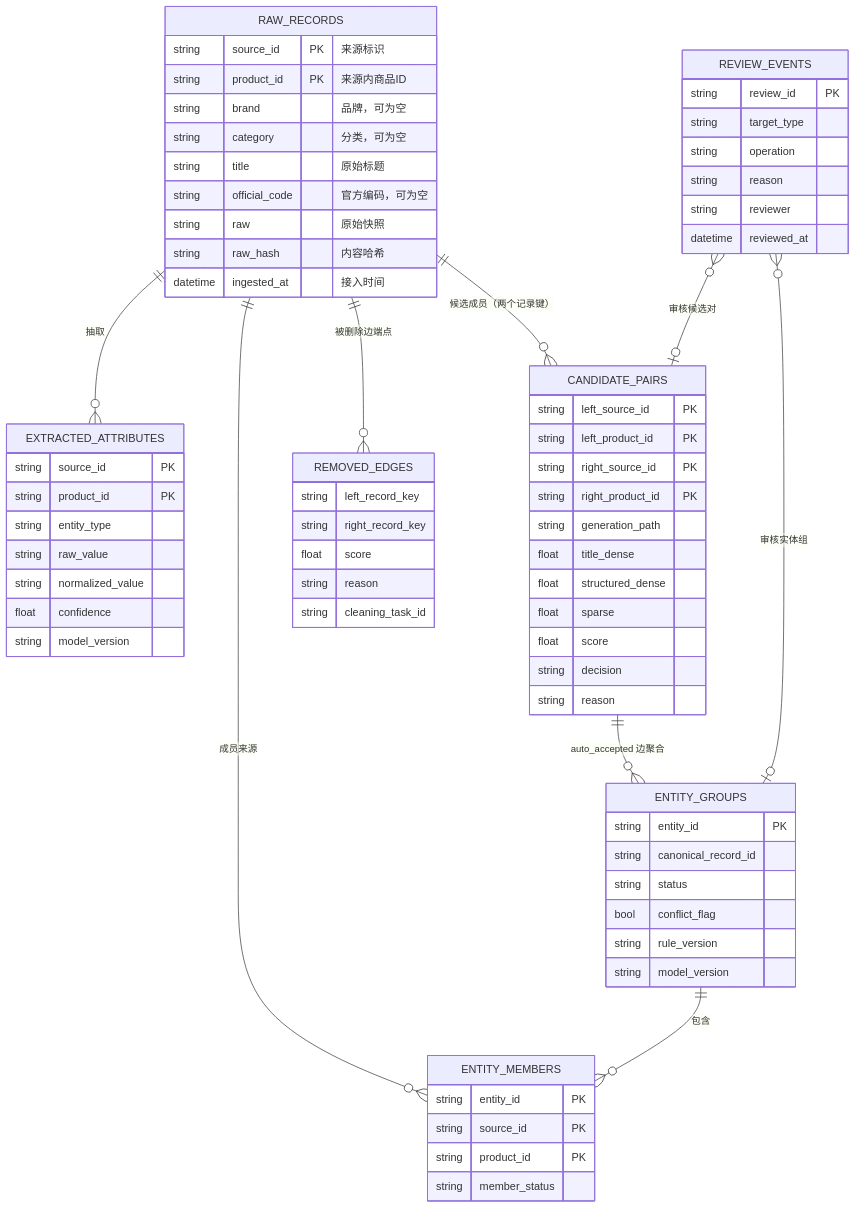
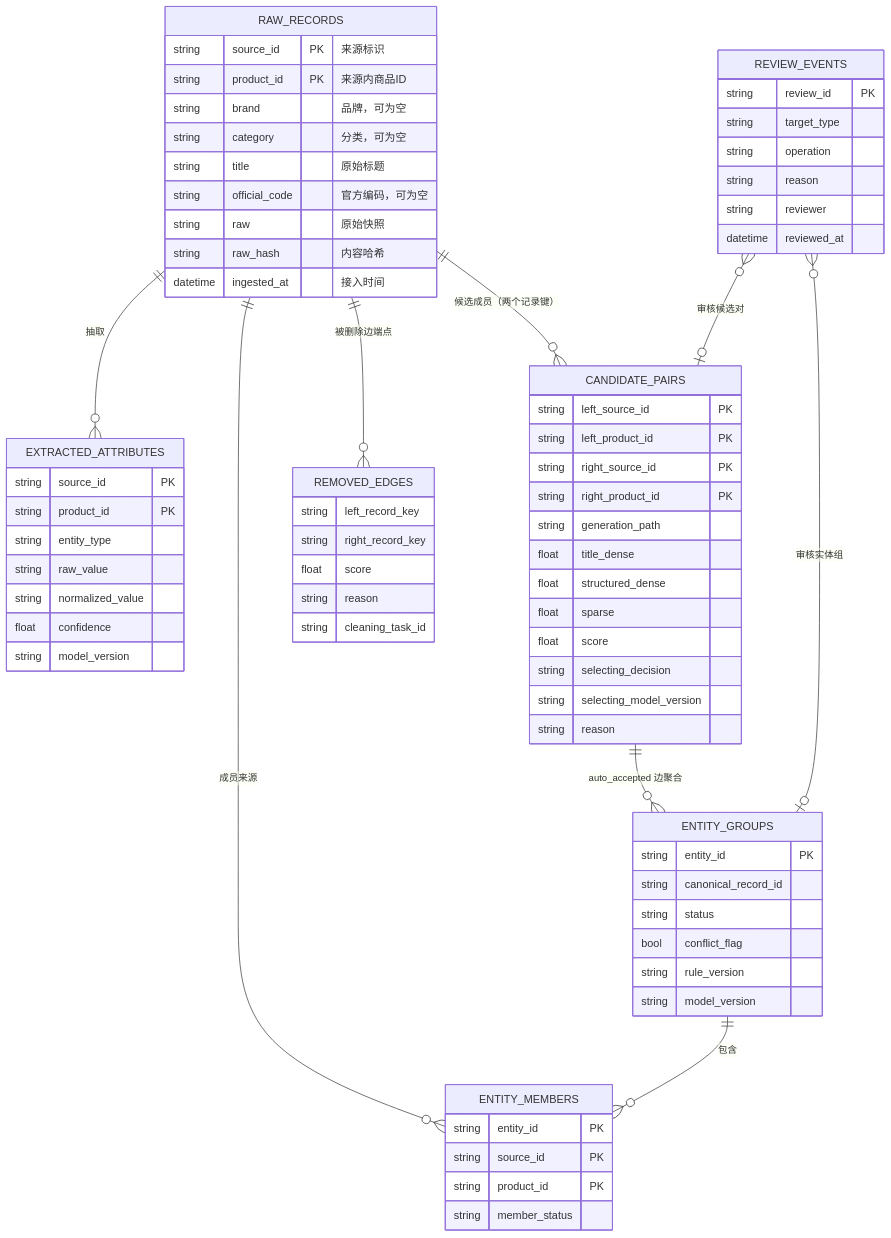
Before and after one commit to WorkerXu/my-doc: the fifth of 5 diagrams in 多来源商品数据合并系统设计.md, drawn with Mermaid. The commit also changed other lines of this file, not shown here.

Commit message:
设计: 候选证据并入候选生成，匹配判定改为 DeepSeek Selecting

````diff
--- a/多来源商品数据合并系统设计.md
+++ b/多来源商品数据合并系统设计.md
@@ -403,74 +406,75 @@
 ```mermaid
 erDiagram
     RAW_RECORDS ||--o{ EXTRACTED_ATTRIBUTES : "抽取"
     RAW_RECORDS ||--o{ CANDIDATE_PAIRS : "候选成员（两个记录键）"
     RAW_RECORDS ||--o{ ENTITY_MEMBERS : "成员来源"
     ENTITY_GROUPS ||--o{ ENTITY_MEMBERS : "包含"
     CANDIDATE_PAIRS ||--o{ ENTITY_GROUPS : "auto_accepted 边聚合"
     RAW_RECORDS ||--o{ REMOVED_EDGES : "被删除边端点"
     REVIEW_EVENTS }o--o| CANDIDATE_PAIRS : "审核候选对"
     REVIEW_EVENTS }o--o| ENTITY_GROUPS : "审核实体组"
 
     RAW_RECORDS {
         string source_id PK "来源标识"
         string product_id PK "来源内商品ID"
         string brand "品牌，可为空"
         string category "分类，可为空"
         string title "原始标题"
         string official_code "官方编码，可为空"
         string raw "原始快照"
         string raw_hash "内容哈希"
         datetime ingested_at "接入时间"
     }
     EXTRACTED_ATTRIBUTES {
         string source_id PK
         string product_id PK
         string entity_type
         string raw_value
         string normalized_value
         float confidence
         string model_version
     }
     CANDIDATE_PAIRS {
         string left_source_id PK
         string left_product_id PK
         string right_source_id PK
         string right_product_id PK
         string generation_path
         float title_dense
         float structured_dense
         float sparse
         float score
-        string decision
+        string selecting_decision
+        string selecting_model_version
         string reason
     }
     ENTITY_GROUPS {
         string entity_id PK
         string canonical_record_id
         string status
         bool conflict_flag
         string rule_version
         string model_version
     }
     ENTITY_MEMBERS {
         string entity_id PK
         string source_id PK
         string product_id PK
         string member_status
     }
     REMOVED_EDGES {
         string left_record_key
         string right_record_key
         float score
         string reason
         string cleaning_task_id
     }
     REVIEW_EVENTS {
         string review_id PK
         string target_type
         string operation
         string reason
         string reviewer
         datetime reviewed_at
     }
 ```
````
